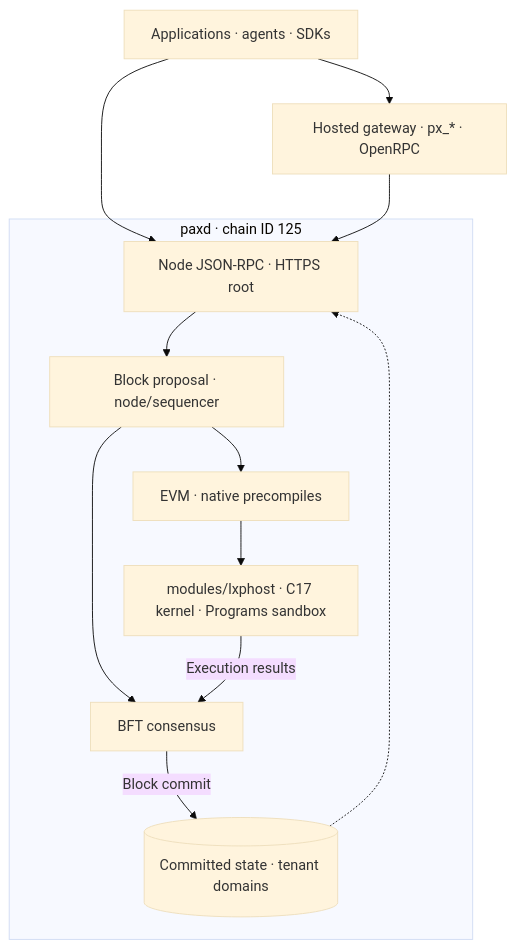
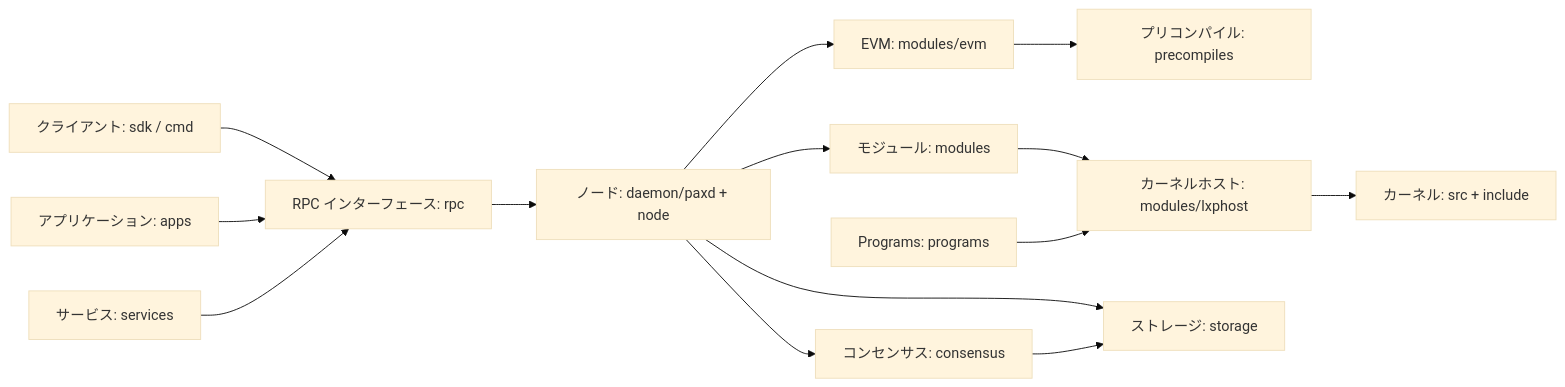
The diagram in docs/readme/README.ja.md (Sidiora-Labs/paxeer-monorepo), drawn with Mermaid (base theme) before and after one commit. The commit also changed other lines of this file and 6 other files, not shown here.

````diff
--- a/docs/readme/README.ja.md
+++ b/docs/readme/README.ja.md
@@ -157,23 +46,16 @@
 ```mermaid
-flowchart TB
-  clients["Applications · agents · SDKs"]
-  gateway["Hosted gateway · px_* · OpenRPC"]
-  subgraph node ["paxd · chain ID 125"]
-    api["Node JSON-RPC · HTTPS root"]
-    proposal["Block proposal · node/sequencer"]
-    consensus["BFT consensus"]
-    evm["EVM · native precompiles"]
-    host["modules/lxphost · C17 kernel · Programs sandbox"]
-    state[("Committed state · tenant domains")]
-  end
-  clients --> api
-  clients --> gateway
-  gateway --> api
-  api --> proposal
-  proposal --> evm
-  evm --> host
-  proposal --> consensus
-  host -->|"Execution results"| consensus
-  consensus -->|"Block commit"| state
-  state -.-> api
+flowchart LR
+    Clients["クライアント: sdk / cmd"] --> RPC["RPC インターフェース: rpc"]
+    Apps["アプリケーション: apps"] --> RPC
+    Services["サービス: services"] --> RPC
+    RPC --> Node["ノード: daemon/paxd + node"]
+    Node --> Consensus["コンセンサス: consensus"]
+    Node --> Modules["モジュール: modules"]
+    Node --> EVM["EVM: modules/evm"]
+    EVM --> Precompiles["プリコンパイル: precompiles"]
+    Modules --> KernelHost["カーネルホスト: modules/lxphost"]
+    KernelHost --> Kernel["カーネル: src + include"]
+    Programs["Programs: programs"] --> KernelHost
+    Node --> Storage["ストレージ: storage"]
+    Consensus --> Storage
 ```
````
